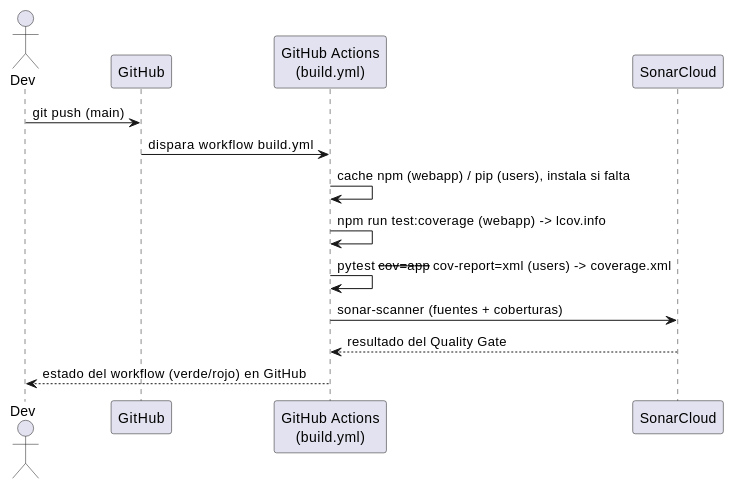
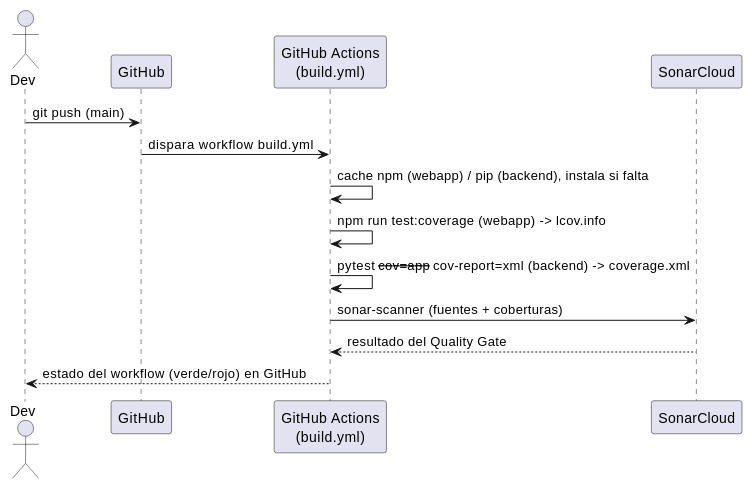
Before and after one commit to nacho50900/AmITraceable: the sixth of 6 diagrams in docs/src/06_runtime_view.adoc, drawn with PlantUML. The commit also changed other lines of this file and 11 other files, not shown here.

```diff
--- a/docs/src/06_runtime_view.adoc
+++ b/docs/src/06_runtime_view.adoc
@@ -138,16 +182,16 @@
 [plantuml, "Secuencia de CI", png]
 ----
 actor Dev
 participant "GitHub" as GH
 participant "GitHub Actions\n(build.yml)" as CI
 participant "SonarCloud" as Sonar
 
 Dev -> GH: git push (main)
 GH -> CI: dispara workflow build.yml
-CI -> CI: cache npm (webapp) / pip (users), instala si falta
+CI -> CI: cache npm (webapp) / pip (backend), instala si falta
 CI -> CI: npm run test:coverage (webapp) -> lcov.info
-CI -> CI: pytest --cov=app --cov-report=xml (users) -> coverage.xml
+CI -> CI: pytest --cov=app --cov-report=xml (backend) -> coverage.xml
 CI -> Sonar: sonar-scanner (fuentes + coberturas)
 Sonar --> CI: resultado del Quality Gate
 CI --> Dev: estado del workflow (verde/rojo) en GitHub
 ----
```
